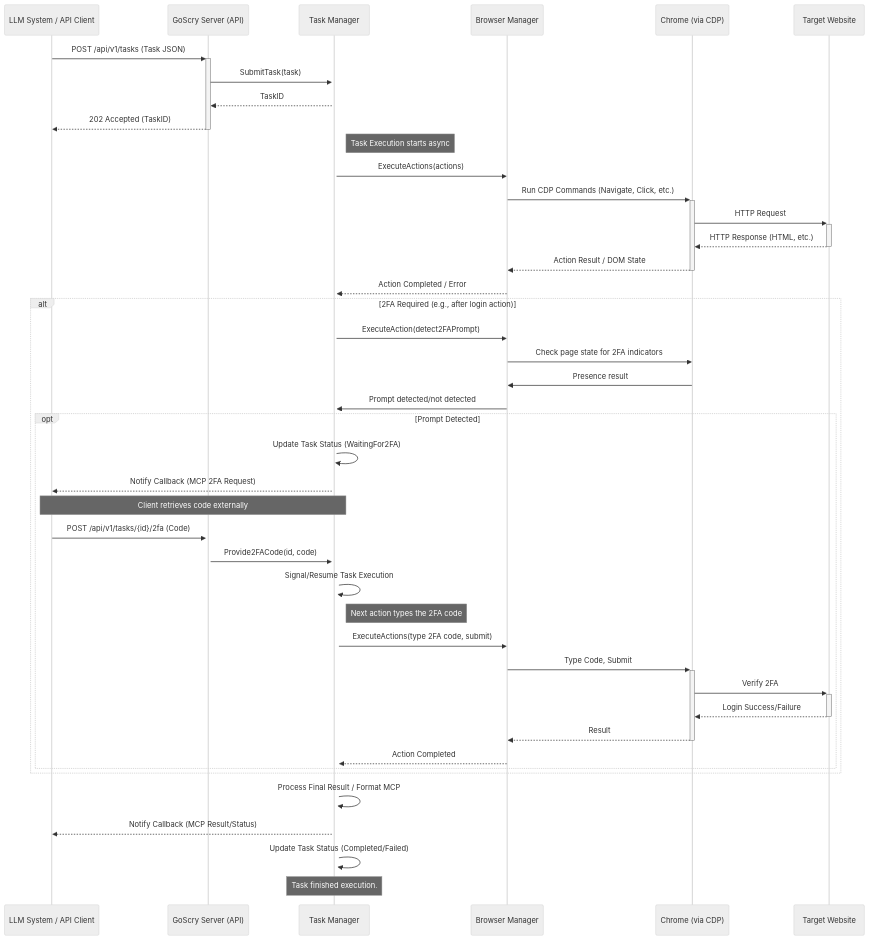
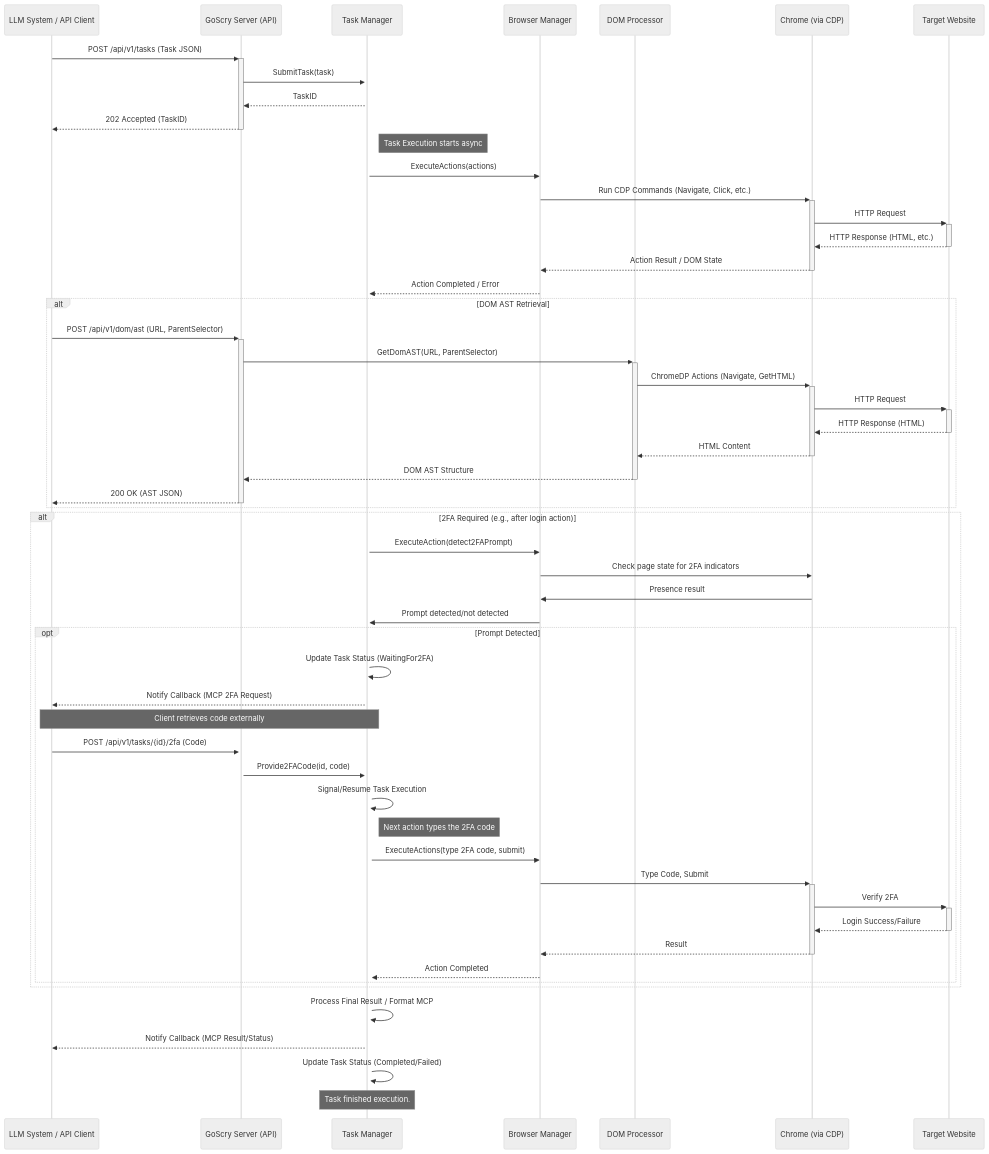
One commit to copyleftdev/goscry changed the diagram in README.md. Above: the diagram before and after it, drawn with Mermaid (neutral theme). The commit also changed other lines of this file and 2 other files, not shown here.

First line of the commit message:
feat(dom): enhance DOM AST functionality and documentation

````diff
--- a/README.md
+++ b/README.md
@@ -21,46 +22,59 @@
 ```mermaid
 sequenceDiagram
     participant Client as LLM System / API Client
     participant GS as GoScry Server (API)
     participant TM as Task Manager
     participant BM as Browser Manager
+    participant DOM as DOM Processor
     participant CDP as Chrome (via CDP)
     participant Site as Target Website
 
     Client->>+GS: POST /api/v1/tasks (Task JSON)
     GS->>+TM: SubmitTask(task)
     TM-->>GS: TaskID
     GS-->>-Client: 202 Accepted (TaskID)
     Note right of TM: Task Execution starts async
     TM->>BM: ExecuteActions(actions)
     BM->>+CDP: Run CDP Commands (Navigate, Click, etc.)
     CDP->>+Site: HTTP Request
     Site-->>-CDP: HTTP Response (HTML, etc.)
     CDP-->>-BM: Action Result / DOM State
     BM-->>TM: Action Completed / Error
+    
+    alt DOM AST Retrieval
+        Client->>+GS: POST /api/v1/dom/ast (URL, ParentSelector)
+        GS->>+DOM: GetDomAST(URL, ParentSelector)
+        DOM->>+CDP: ChromeDP Actions (Navigate, GetHTML)
+        CDP->>+Site: HTTP Request
+        Site-->>-CDP: HTTP Response (HTML)
+        CDP-->>-DOM: HTML Content
+        DOM-->>-GS: DOM AST Structure
+        GS-->>-Client: 200 OK (AST JSON)
+    end
+    
     alt 2FA Required (e.g., after login action)
         TM->>BM: ExecuteAction(detect2FAPrompt)
         BM->>CDP: Check page state for 2FA indicators
         CDP->>BM: Presence result
         BM->>TM: Prompt detected/not detected
         opt Prompt Detected
             TM->>TM: Update Task Status (WaitingFor2FA)
             TM-->>Client: Notify Callback (MCP 2FA Request)
             Note over Client, TM: Client retrieves code externally
             Client->>+GS: POST /api/v1/tasks/{id}/2fa (Code)
             GS->>+TM: Provide2FACode(id, code)
             TM->>TM: Signal/Resume Task Execution
             Note right of TM: Next action types the 2FA code
             TM->>BM: ExecuteActions(type 2FA code, submit)
             BM->>+CDP: Type Code, Submit
             CDP->>+Site: Verify 2FA
             Site-->>-CDP: Login Success/Failure
             CDP-->>-BM: Result
             BM-->>TM: Action Completed
         end
     end
     TM->>TM: Process Final Result / Format MCP
     TM-->>Client: Notify Callback (MCP Result/Status)
     TM->>TM: Update Task Status (Completed/Failed)
     Note over TM: Task finished execution.
 ```
````
